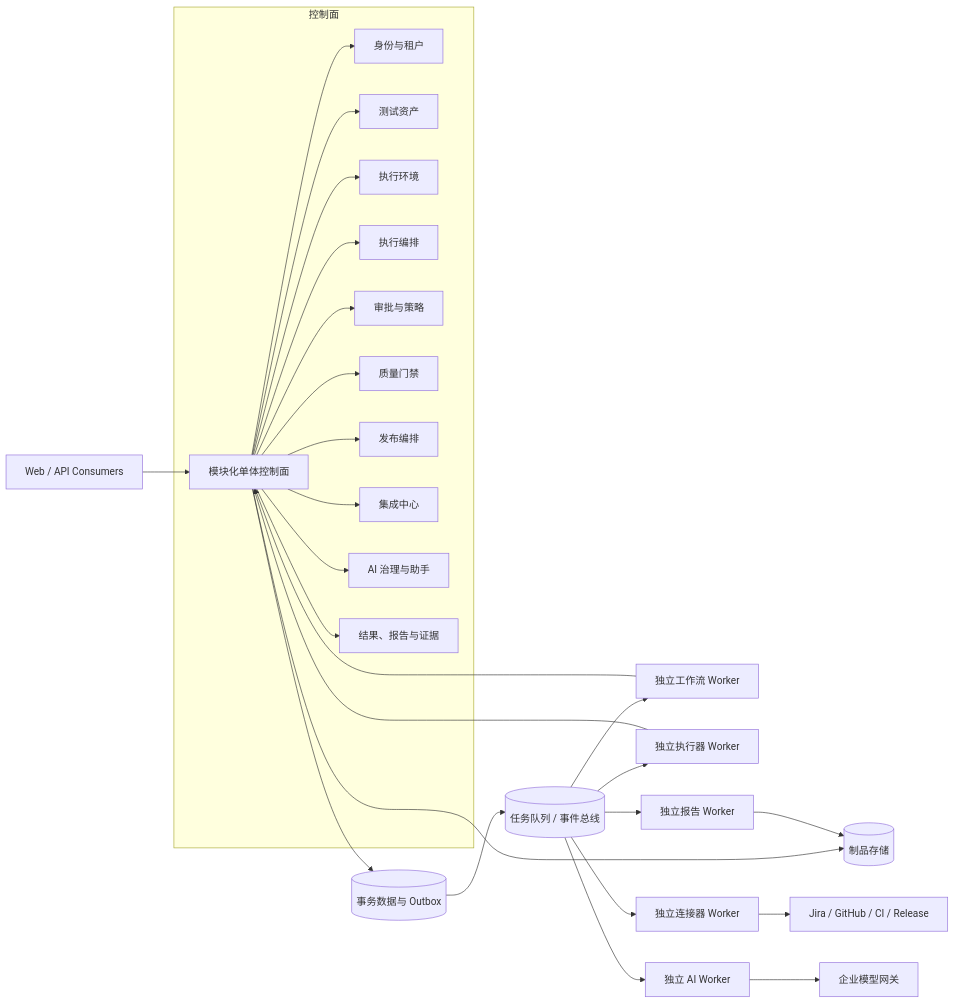
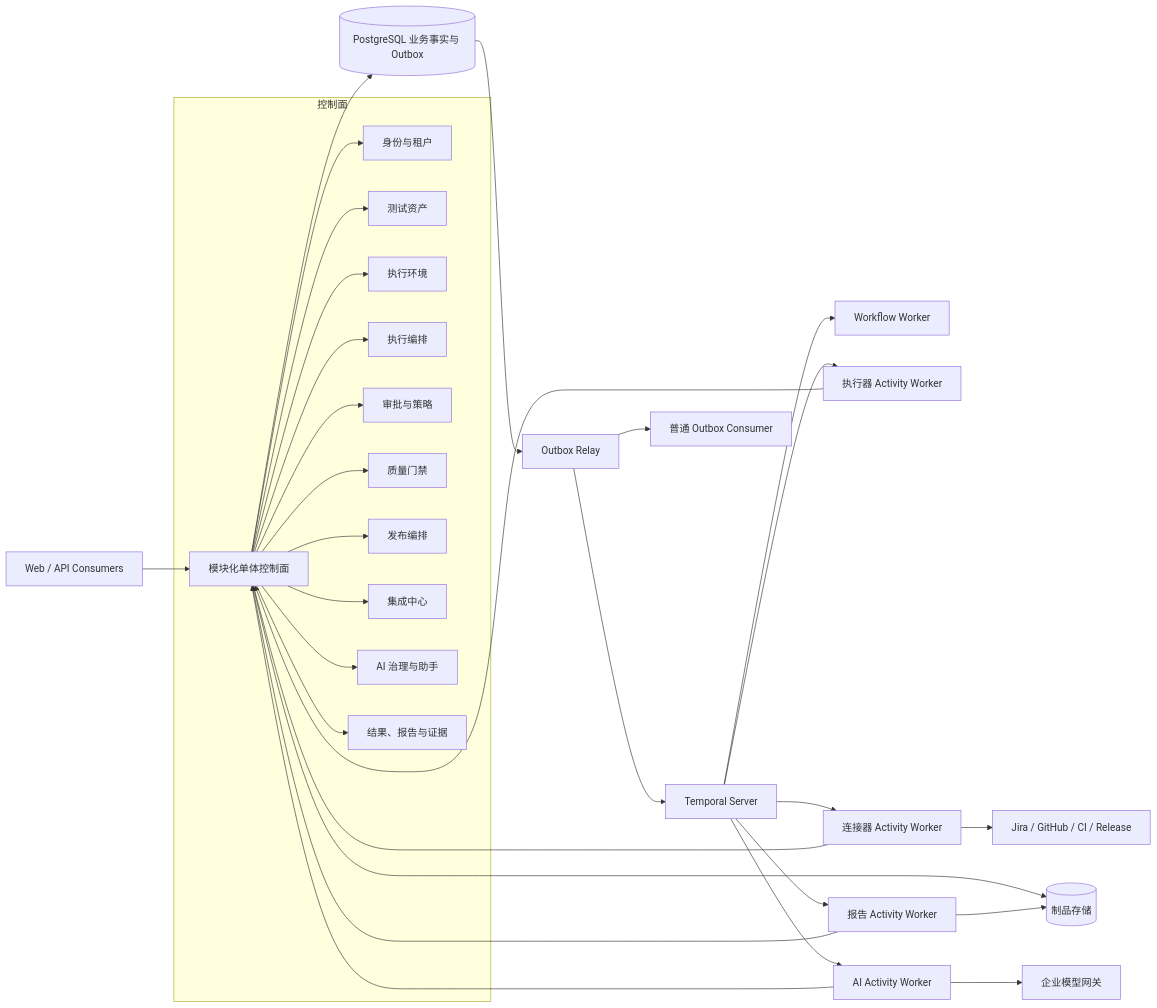
One commit to Mylifeforrent/huntai-test changed the first of 2 diagrams in docs/06_architecture_design/01_domain_and_service_architecture.md. Above: the diagram before and after it, drawn with Mermaid. The commit also changed other lines of this file and 16 other files, not shown here.

````diff
--- a/docs/06_architecture_design/01_domain_and_service_architecture.md
+++ b/docs/06_architecture_design/01_domain_and_service_architecture.md
@@ -51,29 +51,33 @@
 ```mermaid
 flowchart LR
     UI[Web / API Consumers] --> CP[模块化单体控制面]
     subgraph CONTROL[控制面]
       CP --> IAM[身份与租户]
       CP --> AST[测试资产]
       CP --> ENV[执行环境]
       CP --> RUN[执行编排]
       CP --> APR[审批与策略]
       CP --> GATE[质量门禁]
       CP --> REL[发布编排]
       CP --> INT[集成中心]
       CP --> AIG[AI 治理与助手]
       CP --> EVI[结果、报告与证据]
     end
-    CP --> DB[(事务数据与 Outbox)]
+    CP --> DB[(PostgreSQL 业务事实与 Outbox)]
     CP --> OBJ[(制品存储)]
-    DB --> BUS[(任务队列 / 事件总线)]
-    BUS --> WF[独立工作流 Worker]
-    BUS --> EXE[独立执行器 Worker]
-    BUS --> CON[独立连接器 Worker]
-    BUS --> REP[独立报告 Worker]
-    BUS --> AIW[独立 AI Worker]
-    WF --> CP
+    DB --> RELAY[Outbox Relay]
+    RELAY --> TS[Temporal Server]
+    RELAY --> SIMPLE[普通 Outbox Consumer]
+    TS --> WF[Workflow Worker]
+    TS --> EXE[执行器 Activity Worker]
+    TS --> CON[连接器 Activity Worker]
+    TS --> REP[报告 Activity Worker]
+    TS --> AIW[AI Activity Worker]
     EXE --> CP
+    CON --> CP
+    REP --> CP
+    AIW --> CP
     CON --> EXT[Jira / GitHub / CI / Release]
     REP --> OBJ
     AIW --> MGW[企业模型网关]
 ```
````
